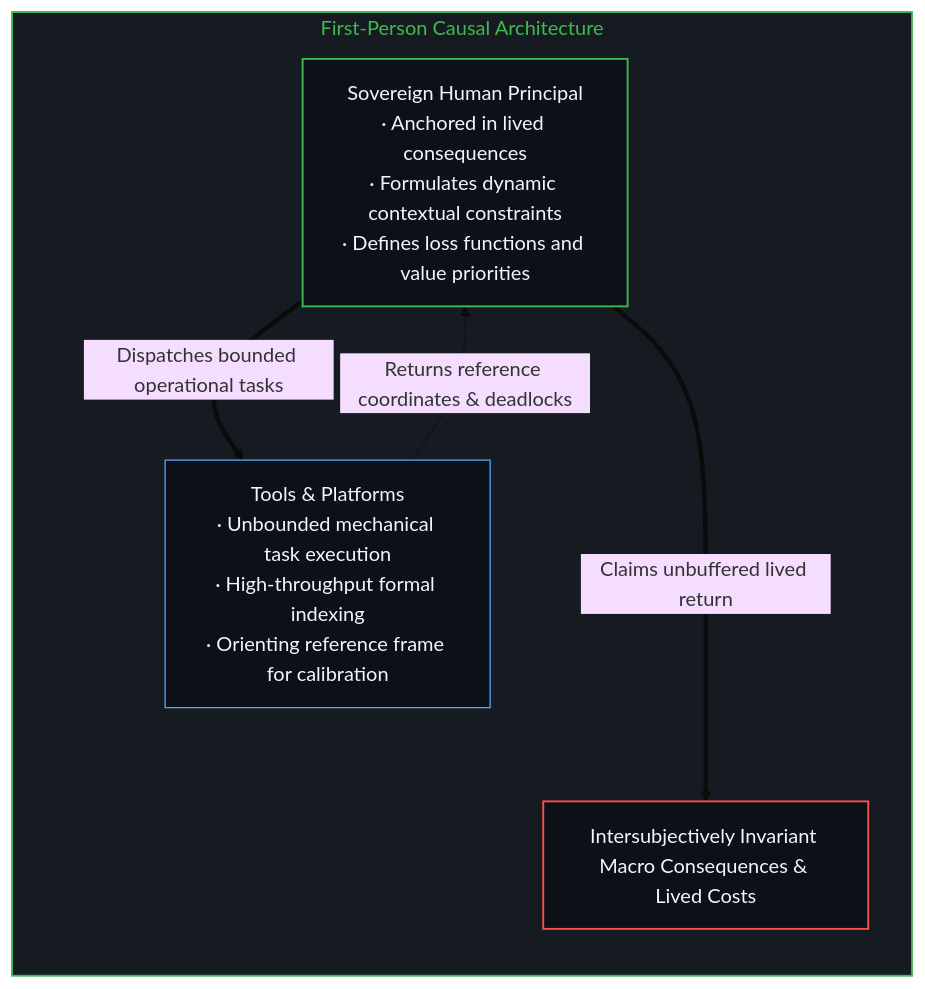
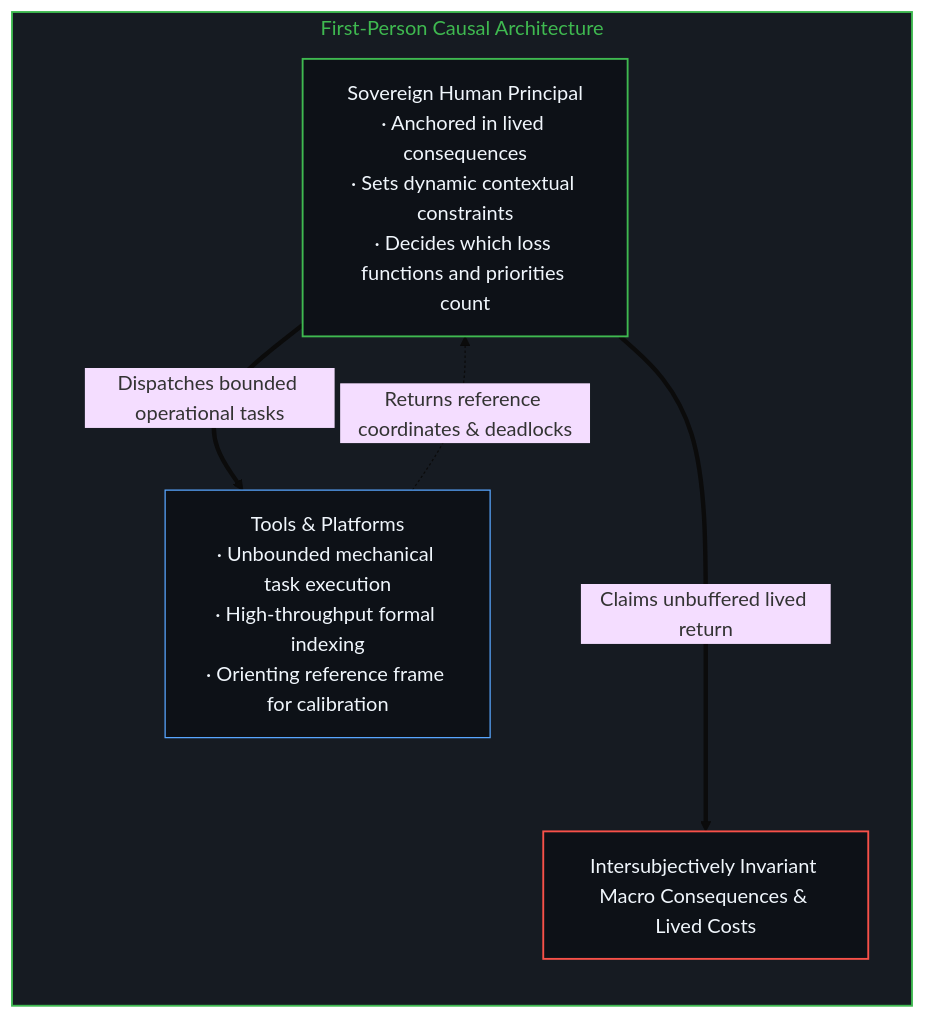
Diagram 12 of 12 in content/posts/the-delegation-of-the-task-and-the-inalienability-of-consequences.md (powerpig99/not-a-toe), drawn with Mermaid (base theme) before and after one commit. The commit also changed other lines of this file and 12 other files, not shown here.

````diff
--- a/content/posts/the-delegation-of-the-task-and-the-inalienability-of-consequences.md
+++ b/content/posts/the-delegation-of-the-task-and-the-inalienability-of-consequences.md
@@ -385,15 +385,15 @@
 ```mermaid
 flowchart TD
     subgraph S_Hierarchy["First-Person Causal Architecture"]
         direction TB
-        H["Sovereign Human Principal<br/>· Anchored in lived consequences<br/>· Formulates dynamic contextual constraints<br/>· Defines loss functions and value priorities"]
+        H["Sovereign Human Principal<br/>· Anchored in lived consequences<br/>· Sets dynamic contextual constraints<br/>· Decides which loss functions and priorities count"]
         T["Tools & Platforms<br/>· Unbounded mechanical task execution<br/>· High-throughput formal indexing<br/>· Orienting reference frame for calibration"]
         H ==>|"Dispatches bounded operational tasks"| T
         T -.->|"Returns reference coordinates & deadlocks"| H
         H ===>|"Claims unbuffered lived return"| R["Intersubjectively Invariant Macro Consequences & Lived Costs"]
     end
     style S_Hierarchy fill:#161b22,stroke:#3fb950,stroke-width:1.5px,color:#3fb950
     style H fill:#0d1117,stroke:#3fb950,stroke-width:1.5px,color:#f0f6fc
     style T fill:#0d1117,stroke:#58a6ff,stroke-width:1px,color:#f0f6fc
     style R fill:#0d1117,stroke:#f85149,stroke-width:1.5px,color:#f0f6fc
 ```
````
